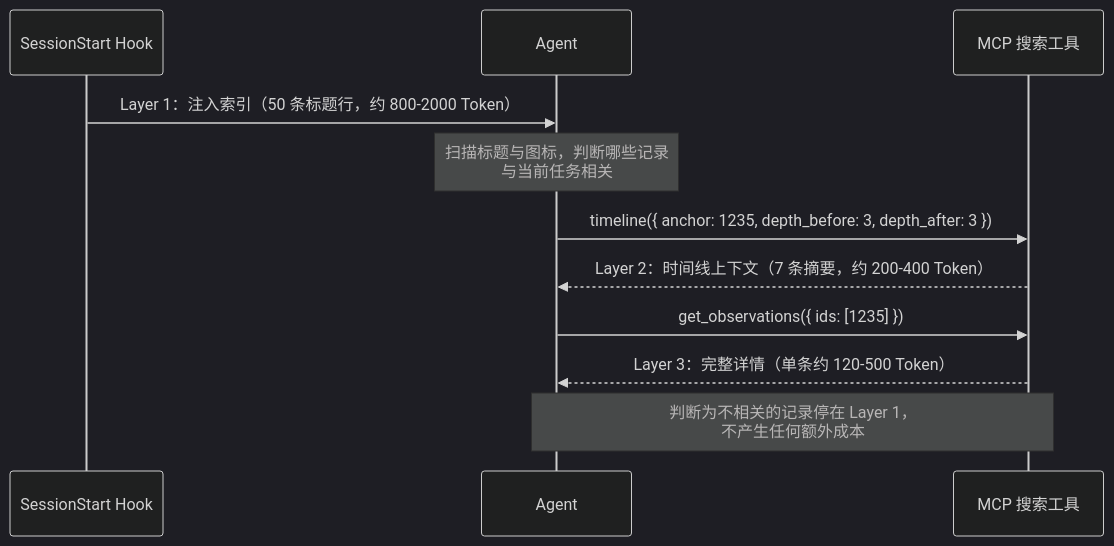
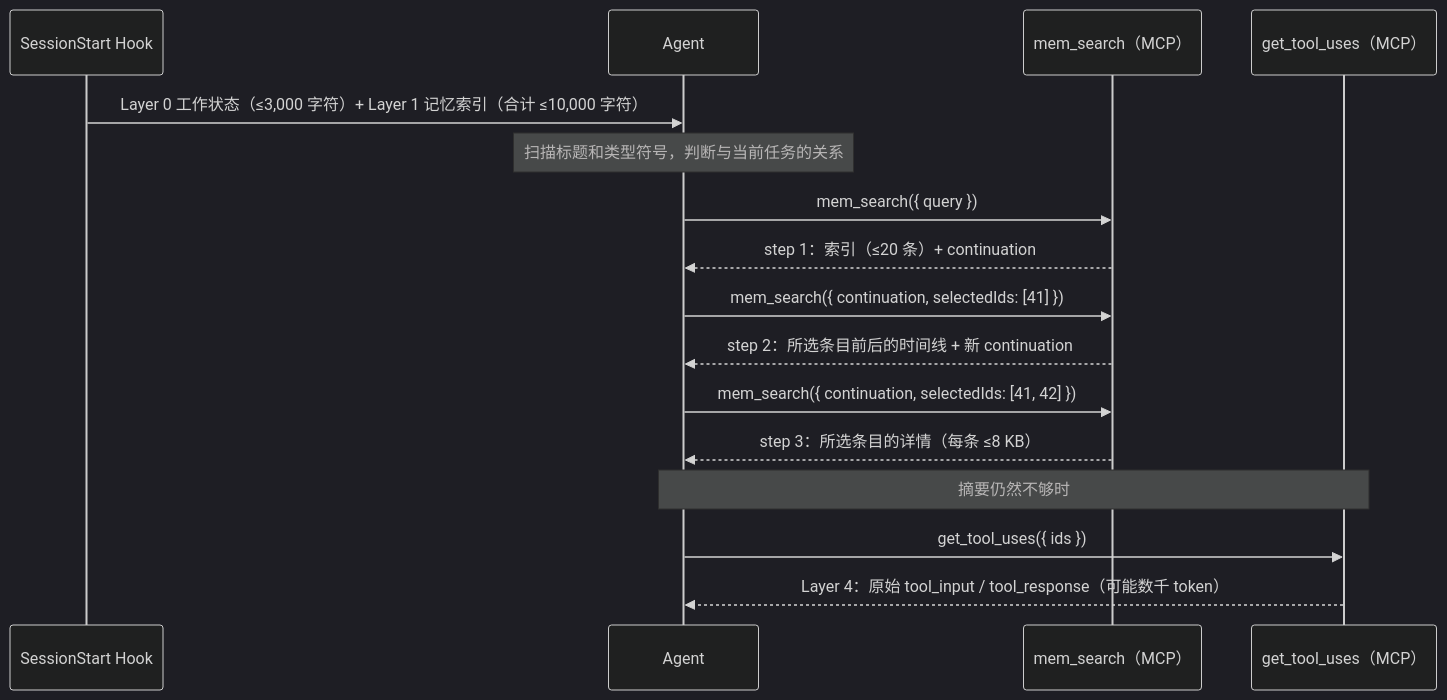
The diagram in 03-mechanisms/ch08-progressive-disclosure/README.md (diguike/book-claude-mem), drawn with Mermaid (dark theme) before and after one commit. The commit also changed other lines of this file and 155 other files, not shown here.

````diff
--- a/03-mechanisms/ch08-progressive-disclosure/README.md
+++ b/03-mechanisms/ch08-progressive-disclosure/README.md
@@ -31,14 +30,19 @@
 ```mermaid
 sequenceDiagram
     participant H as SessionStart Hook
     participant A as Agent
-    participant M as MCP 搜索工具
+    participant M as mem_search（MCP）
+    participant T as get_tool_uses（MCP）
 
-    H->>A: Layer 1：注入索引（50 条标题行，约 800-2000 Token）
-    Note over A: 扫描标题与图标，判断哪些记录<br/>与当前任务相关
-    A->>M: timeline({ anchor: 1235, depth_before: 3, depth_after: 3 })
-    M-->>A: Layer 2：时间线上下文（7 条摘要，约 200-400 Token）
-    A->>M: get_observations({ ids: [1235] })
-    M-->>A: Layer 3：完整详情（单条约 120-500 Token）
-    Note over A,M: 判断为不相关的记录停在 Layer 1，<br/>不产生任何额外成本
+    H->>A: Layer 0 工作状态（≤3,000 字符）+ Layer 1 记忆索引（合计 ≤10,000 字符）
+    Note over A: 扫描标题和类型符号，判断与当前任务的关系
+    A->>M: mem_search({ query })
+    M-->>A: step 1：索引（≤20 条）+ continuation
+    A->>M: mem_search({ continuation, selectedIds: [41] })
+    M-->>A: step 2：所选条目前后的时间线 + 新 continuation
+    A->>M: mem_search({ continuation, selectedIds: [41, 42] })
+    M-->>A: step 3：所选条目的详情（每条 ≤8 KB）
+    Note over A,T: 摘要仍然不够时
+    A->>T: get_tool_uses({ ids })
+    T-->>A: Layer 4：原始 tool_input / tool_response（可能数千 token）
 ```
````
